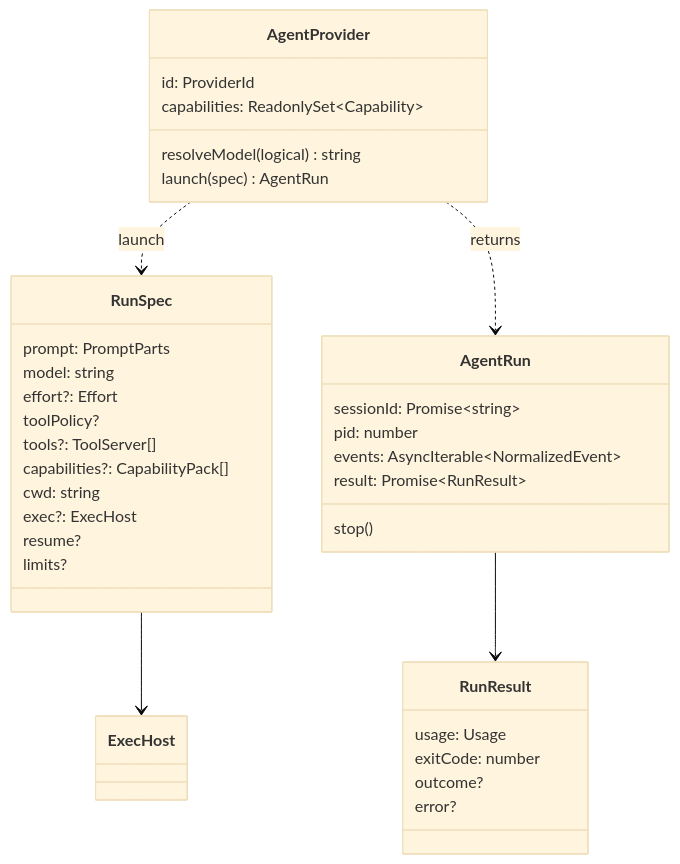
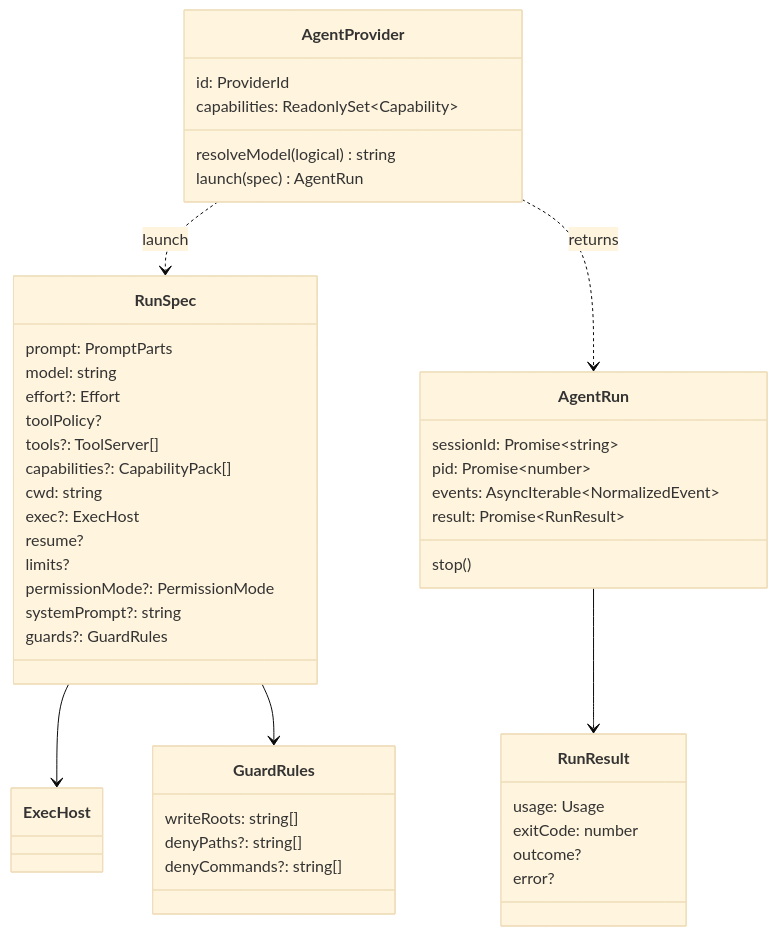
Before and after one commit to ClearCloudSoftware/flowboard: the diagram in docs/FlowBoard/Agent Providers/Agent Providers Data Model.md, drawn with Mermaid (base theme). The commit also changed other lines of this file and 33 other files, not shown here.

````diff
--- a/docs/FlowBoard/Agent Providers/Agent Providers Data Model.md
+++ b/docs/FlowBoard/Agent Providers/Agent Providers Data Model.md
@@ -23,38 +38,47 @@
 ```mermaid
 classDiagram
   class AgentProvider {
     id: ProviderId
     capabilities: ReadonlySet~Capability~
     resolveModel(logical) string
     launch(spec) AgentRun
   }
   class RunSpec {
     prompt: PromptParts
     model: string
     effort?: Effort
     toolPolicy?
     tools?: ToolServer[]
     capabilities?: CapabilityPack[]
     cwd: string
     exec?: ExecHost
     resume?
     limits?
+    permissionMode?: PermissionMode
+    systemPrompt?: string
+    guards?: GuardRules
+  }
+  class GuardRules {
+    writeRoots: string[]
+    denyPaths?: string[]
+    denyCommands?: string[]
   }
   class AgentRun {
     sessionId: Promise~string~
-    pid: number
+    pid: Promise~number~
     events: AsyncIterable~NormalizedEvent~
     result: Promise~RunResult~
     stop()
   }
   class RunResult {
     usage: Usage
     exitCode: number
     outcome?
     error?
   }
   AgentProvider ..> RunSpec : launch
   AgentProvider ..> AgentRun : returns
   AgentRun --> RunResult
   RunSpec --> ExecHost
+  RunSpec --> GuardRules
 ```
````
